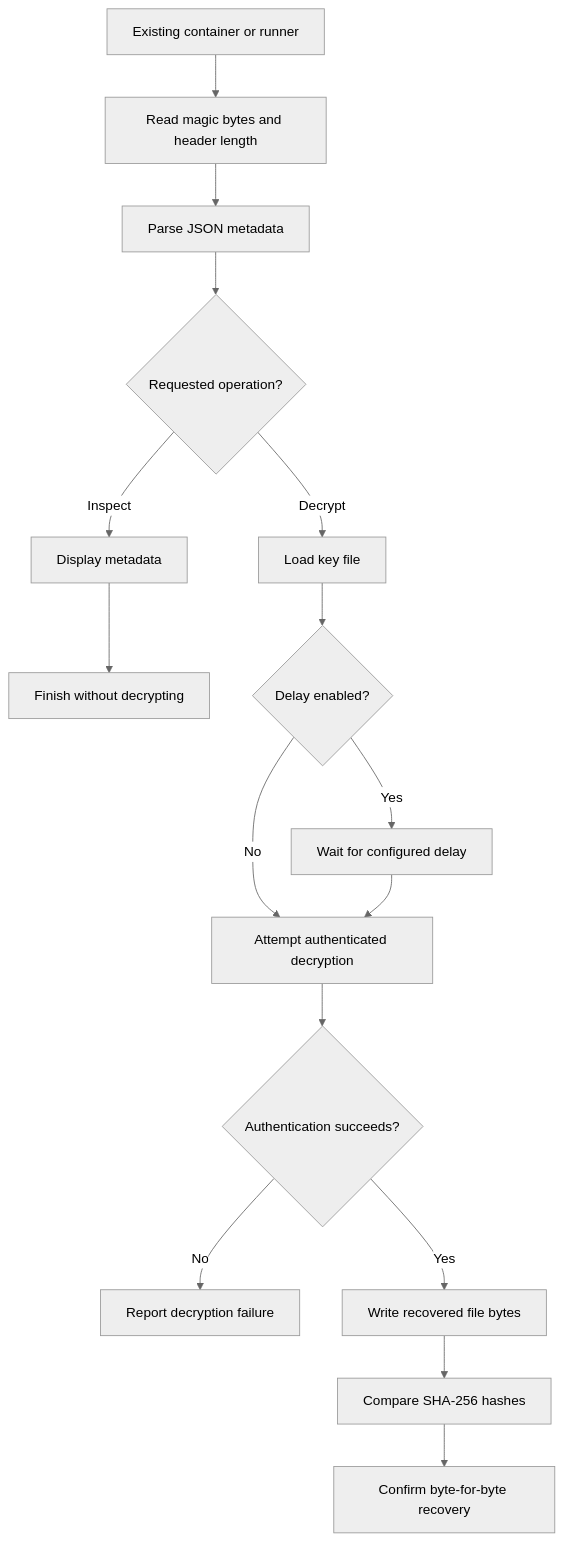
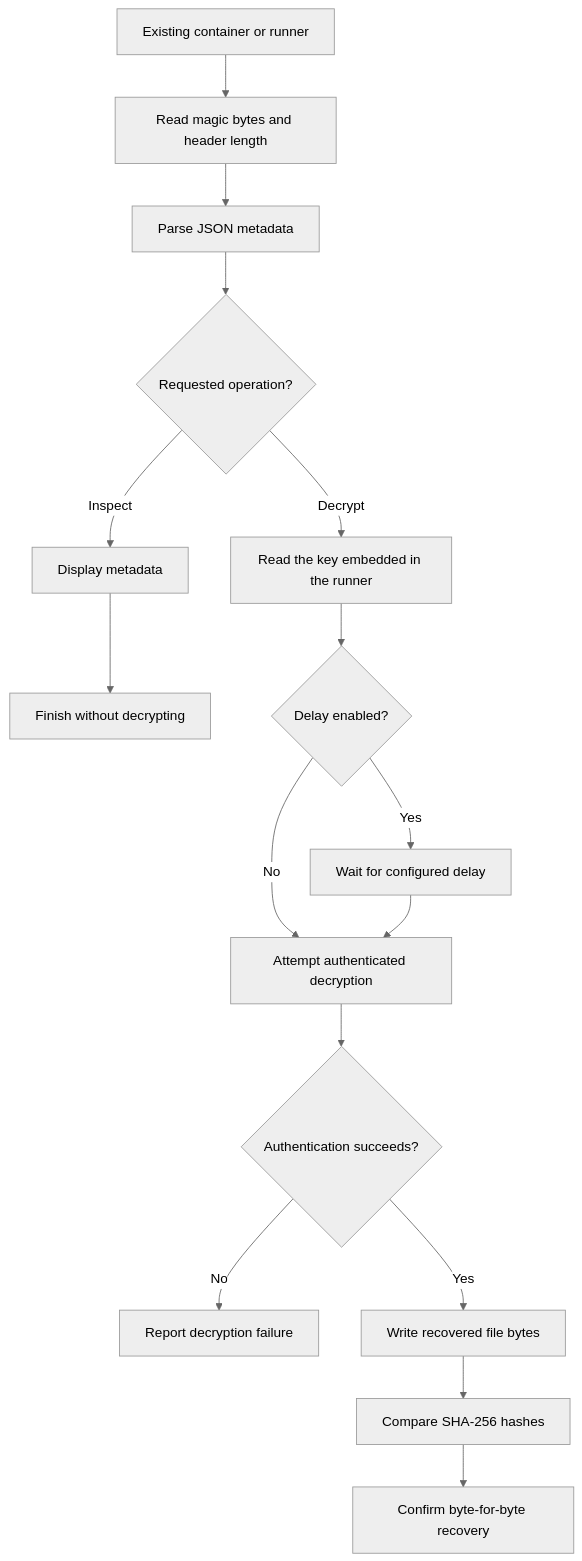
One commit to fahdaguenouz/hidden-bytes changed the second of 8 diagrams in README.md. Above: the diagram before and after it, drawn with Mermaid (neutral theme). The commit also changed other lines of this file, not shown here.

````diff
--- a/README.md
+++ b/README.md
@@ -75,21 +75,21 @@
 ```mermaid
 flowchart TD
     A["Existing container or runner"] --> B["Read magic bytes and header length"]
     B --> C["Parse JSON metadata"]
     C --> D{"Requested operation?"}
 
     D -- "Inspect" --> E["Display metadata"]
     E --> F["Finish without decrypting"]
 
-    D -- "Decrypt" --> G["Load key file"]
+    D -- "Decrypt" --> G["Read the key embedded in the runner"]
     G --> H{"Delay enabled?"}
     H -- "Yes" --> I["Wait for configured delay"]
     H -- "No" --> J["Attempt authenticated decryption"]
     I --> J
 
     J --> K{"Authentication succeeds?"}
     K -- "No" --> L["Report decryption failure"]
     K -- "Yes" --> M["Write recovered file bytes"]
     M --> N["Compare SHA-256 hashes"]
     N --> O["Confirm byte-for-byte recovery"]
 ```
````
